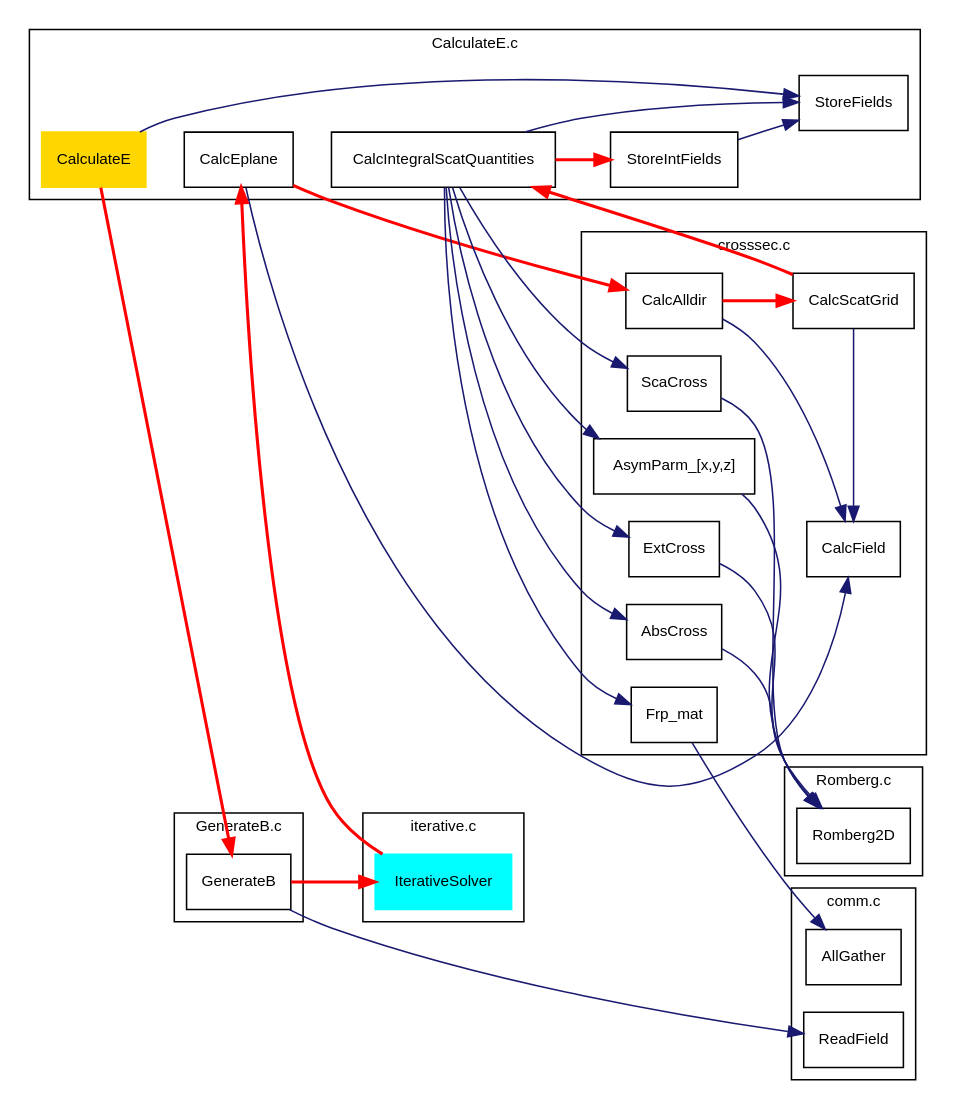
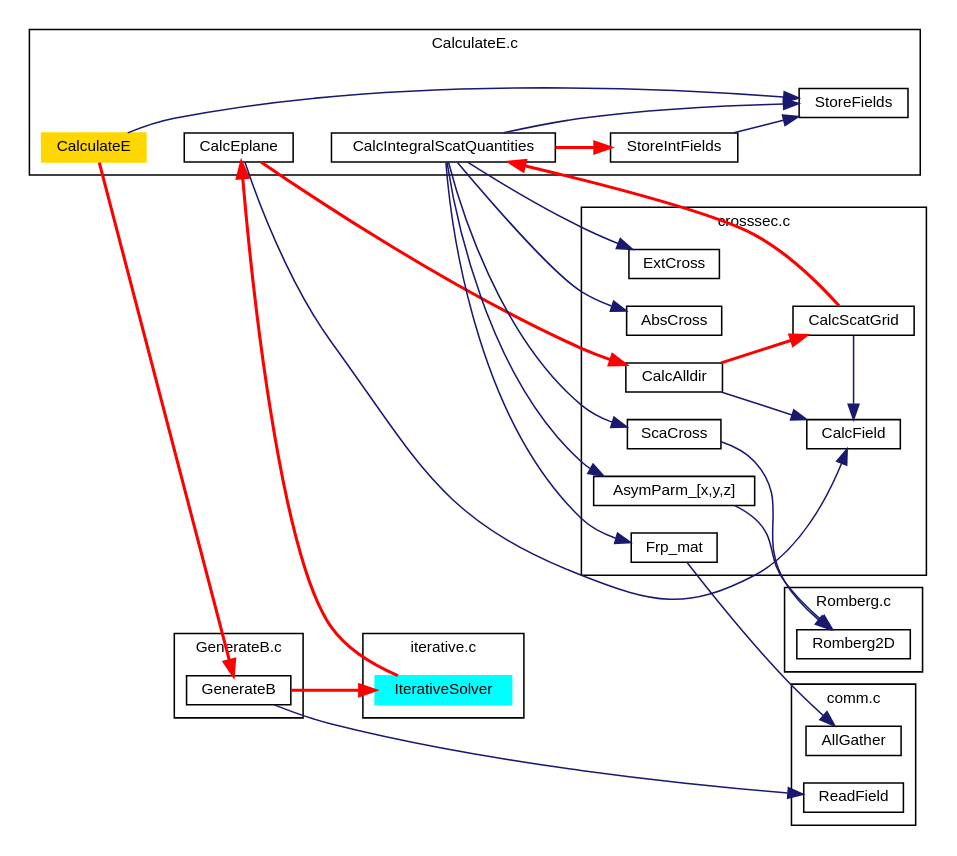
The diagram in doc/gv/calcE.gv (adda-team/adda), drawn with Graphviz before and after one commit. The commit also changed 6 other files, not shown here.

```diff
--- a/doc/gv/calcE.gv
+++ b/doc/gv/calcE.gv
@@ -1,56 +1,56 @@
 digraph calcE
 {
 	rankdir=LR
 	edge [color=midnightblue]
-	node [fontname=Helvetica,fontsize=10,shape=box];
+	node [fontname=Helvetica,fontsize=10,shape=box,height=0.2,width=0.4]
 	fontname=Helvetica
 	fontsize=10
 	ranksep=.35
 	
 	subgraph cluster_calcE {
 		CalculateE [style=filled,color=gold]
 		CalculateE -> StoreFields
 		StoreIntFields -> StoreFields
 		CalculateE -> CalcEplane -> CalcIntegralScatQuantities [style=invis]		
 		label = "CalculateE.c";
 	}
 	subgraph cluster_iter {
 		IterativeSolver [style=filled,color=cyan]
 		label = "iterative.c";
 	}
 	subgraph cluster_beam {
 		GenerateB
 		label = "GenerateB.c";
 	}
 	subgraph cluster_comm {
 		ReadField
 		StoreFields
 		AllGather
 		label = "comm.c";
 	}
 	subgraph cluster_cs {
 		CalcAlldir -> CalcField
 		CalcScatGrid -> CalcField [constraint=false]
 		ExtCross
 		AbsCross
 		ScaCross
 		"AsymParm_[x,y,z]"
 		Frp_mat
 		label = "crosssec.c";
 	}
 	subgraph cluster_romberg {
 		Romberg2D
 		label = "Romberg.c";
 	}
 
 	CalculateE -> GenerateB -> IterativeSolver -> CalcEplane -> CalcAlldir -> CalcScatGrid -> CalcIntegralScatQuantities -> StoreIntFields [color=red,style=bold]
 	
 	GenerateB -> ReadField
 	CalcEplane -> CalcField
-	CalcIntegralScatQuantities -> ExtCross -> Romberg2D
-	CalcIntegralScatQuantities -> AbsCross -> Romberg2D
+	CalcIntegralScatQuantities -> ExtCross
+	CalcIntegralScatQuantities -> AbsCross
 	CalcIntegralScatQuantities -> ScaCross -> Romberg2D
 	CalcIntegralScatQuantities -> "AsymParm_[x,y,z]" -> Romberg2D
 	CalcIntegralScatQuantities -> Frp_mat -> AllGather
 	CalcIntegralScatQuantities -> StoreFields
 }
```
